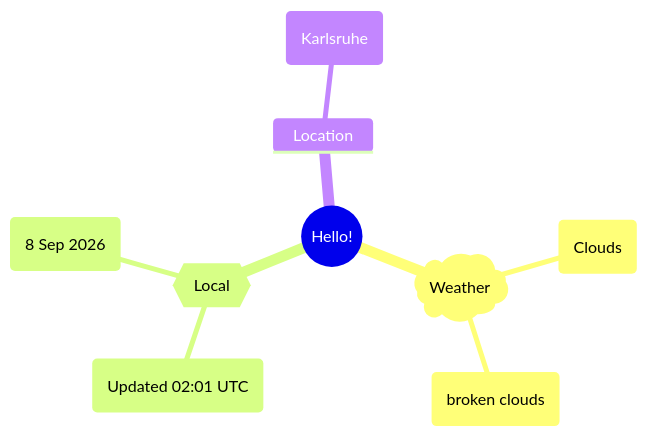
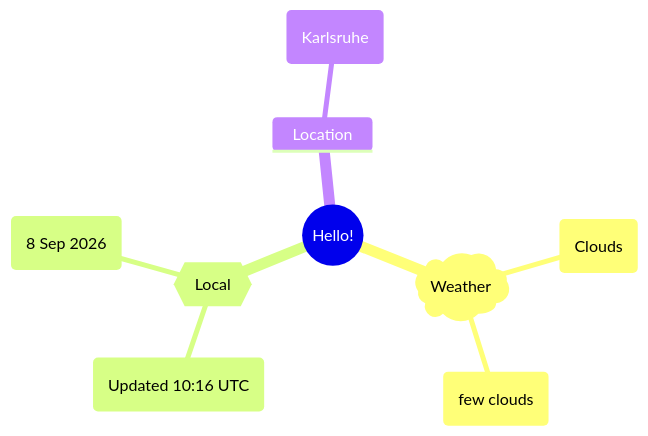
Before and after one commit to Xosrov/Xosrov: the first of 2 diagrams in README.md, drawn with Mermaid.

Commit message:
[bot] updated images

````diff
--- a/README.md
+++ b/README.md
@@ -3,12 +3,12 @@
 ```mermaid
 mindmap
   root((Hello!))
     )Weather(
         (Clouds)
-        (broken clouds)
+        (few clouds)
     {{Local}}
-        (Updated 02:01 UTC)
+        (Updated 10:16 UTC)
         (8 Sep 2026)
     Location
         (Karlsruhe)
 ```
````
